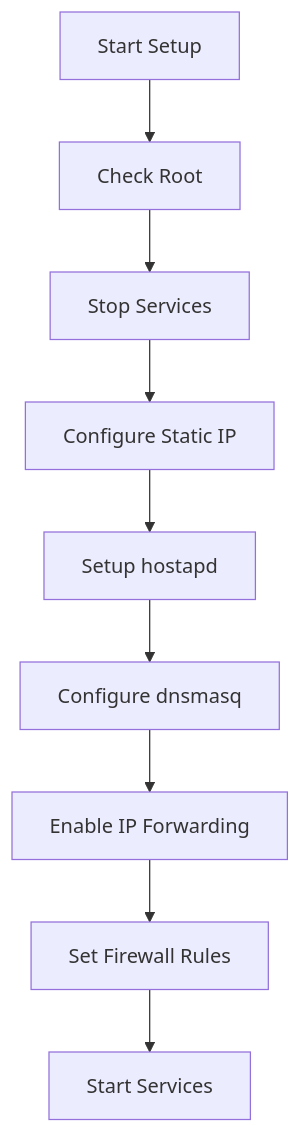
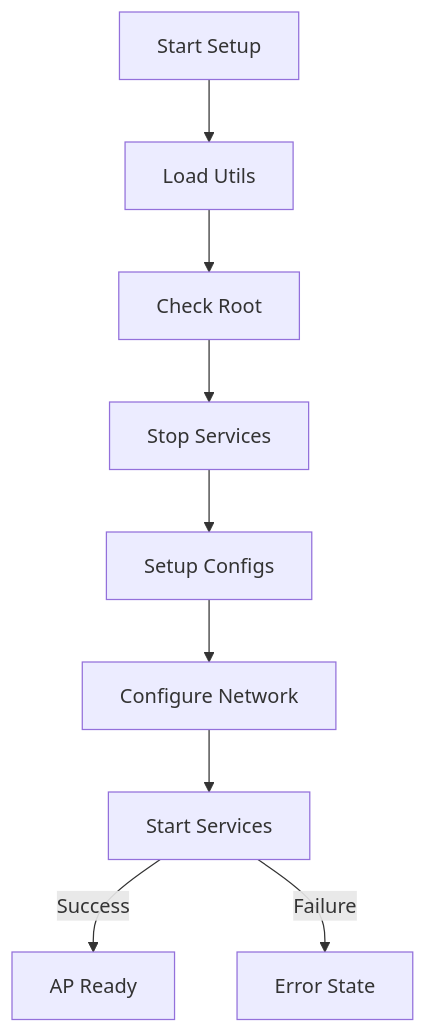
One commit to firasguendouz/Raspi_Screen- changed the first of 3 diagrams in ap/AP.md. Above: the diagram before and after it, drawn with Mermaid. The commit also changed other lines of this file, not shown here.

````diff
--- a/ap/AP.md
+++ b/ap/AP.md
@@ -10,11 +19,11 @@
 ```mermaid
 graph TD
-    A[Start Setup] --> B[Check Root]
-    B --> C[Stop Services]
-    C --> D[Configure Static IP]
-    D --> E[Setup hostapd]
-    E --> F[Configure dnsmasq]
-    F --> G[Enable IP Forwarding]
-    G --> H[Set Firewall Rules]
-    H --> I[Start Services]
+    A[Start Setup] --> B[Load Utils]
+    B --> C[Check Root]
+    C --> D[Stop Services]
+    D --> E[Setup Configs]
+    E --> F[Configure Network]
+    F --> G[Start Services]
+    G -->|Success| H[AP Ready]
+    G -->|Failure| I[Error State]
 ```
````
